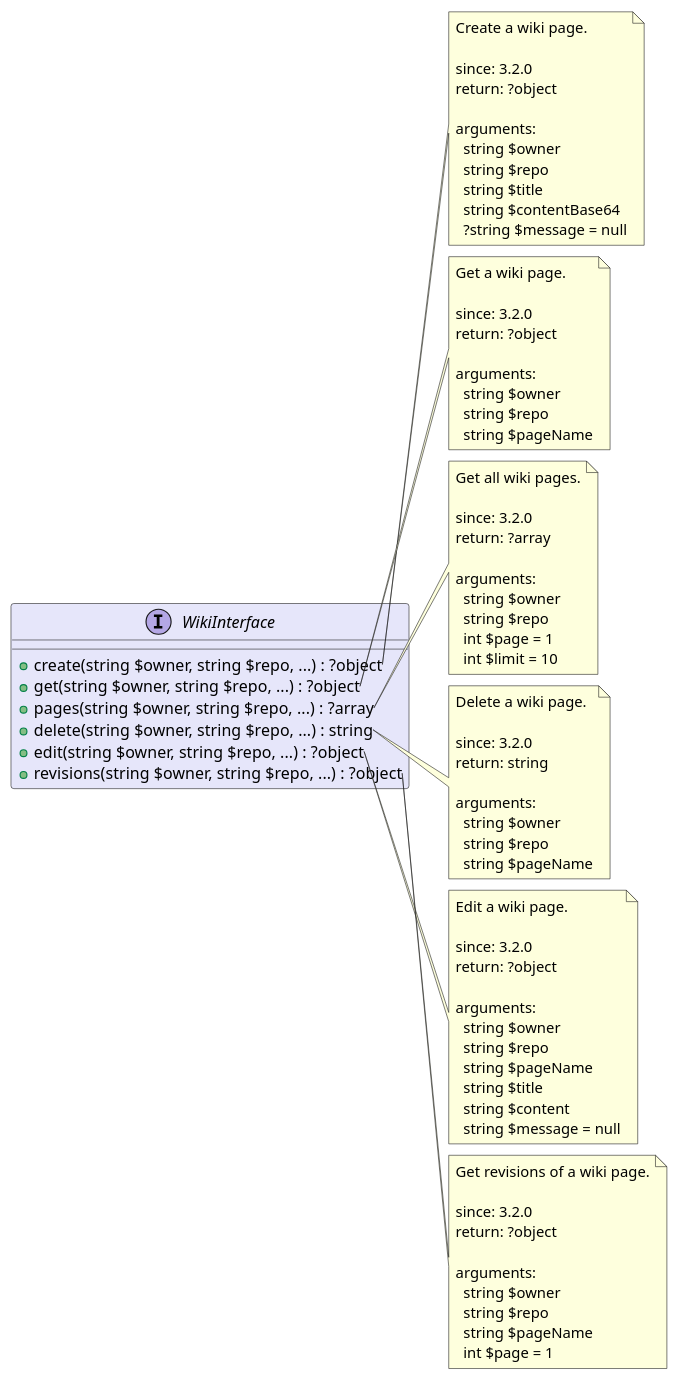
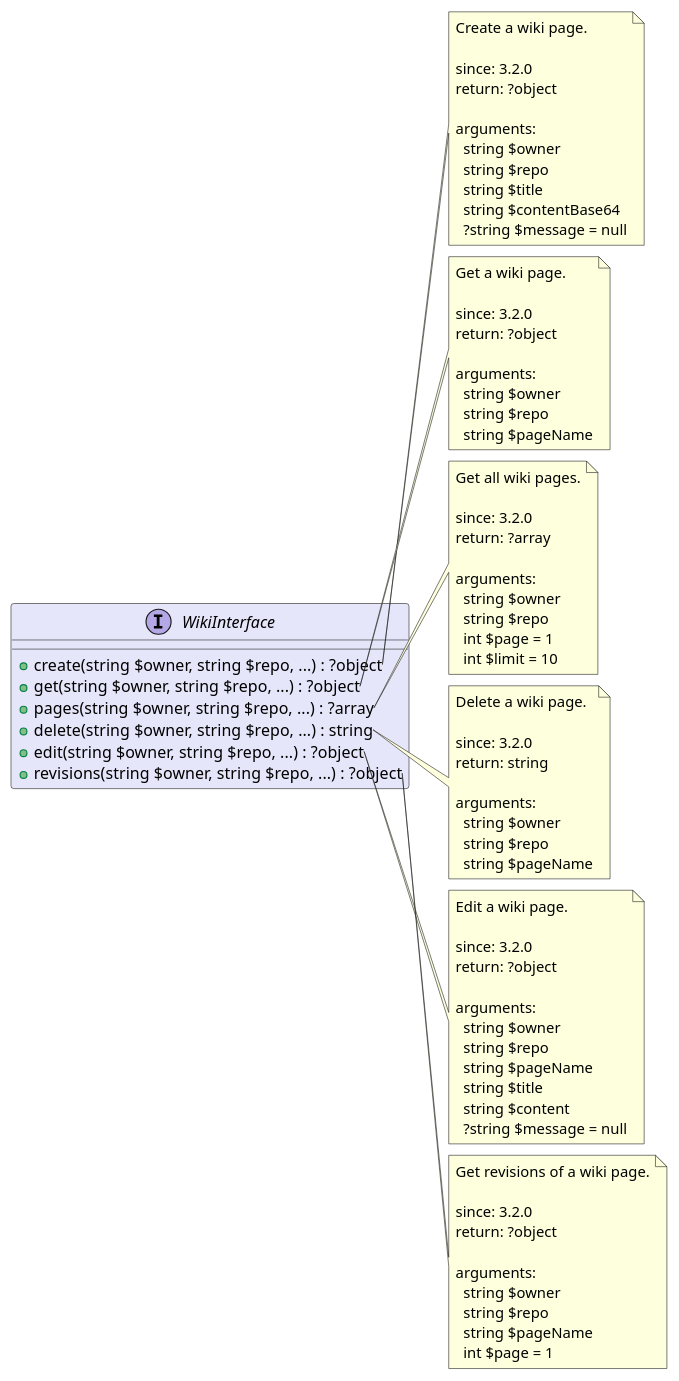
Before and after one commit to joomengine/super-powers: the diagram in src/bd7c1787-f5c1-464e-a009-f39fb5090ee0/README.md, drawn with PlantUML. The commit also changed other lines of this file, not shown here.

Commit message:
Update VDM.Interfaces.Repository.WikiInterface readme file

```diff
--- a/src/bd7c1787-f5c1-464e-a009-f39fb5090ee0/README.md
+++ b/src/bd7c1787-f5c1-464e-a009-f39fb5090ee0/README.md
@@ -78,7 +78,7 @@
     string $pageName
     string $title
     string $content
-    string $message = null
+    ?string $message = null
 end note
 
 note right of WikiInterface::revisions
```
